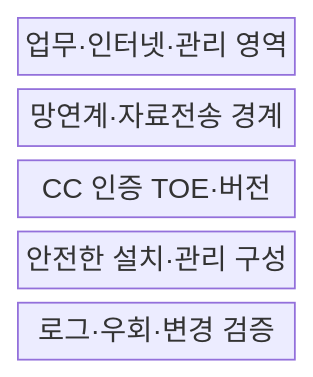
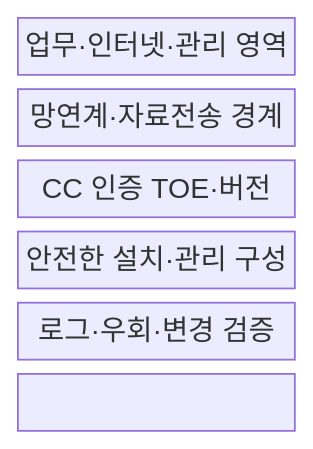
Before and after one commit to agnusdei1207/knowledge-base: the first of 2 diagrams in src/content/docs/notes/05-security/118_network_separation_cc.md, drawn with Mermaid. The commit also changed other lines of this file and 151 other files, not shown here.

````diff
--- a/src/content/docs/notes/05-security/118_network_separation_cc.md
+++ b/src/content/docs/notes/05-security/118_network_separation_cc.md
@@ -52,9 +52,11 @@
 ```mermaid
 block-beta
   columns 1
   Z["업무·인터넷·관리 영역"]
   G["망연계·자료전송 경계"]
   T["CC 인증 TOE·버전"]
   C["안전한 설치·관리 구성"]
   O["로그·우회·변경 검증"]
+  Z --- G --- T
+  T --- C --- O
 ```
````
